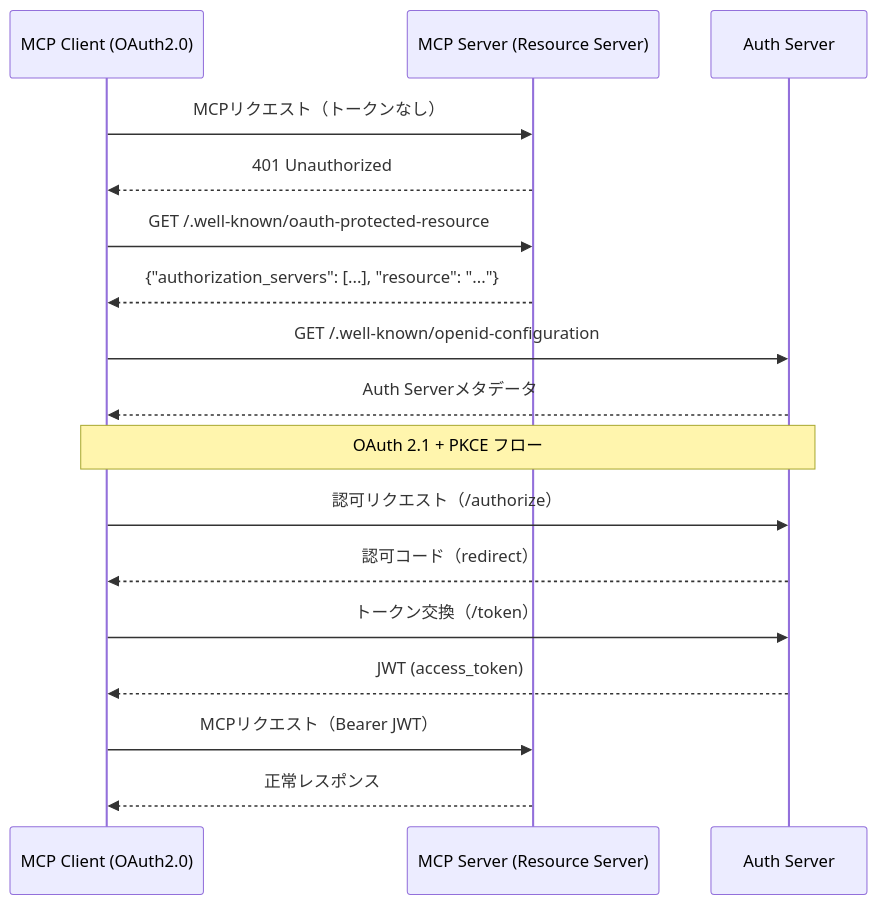
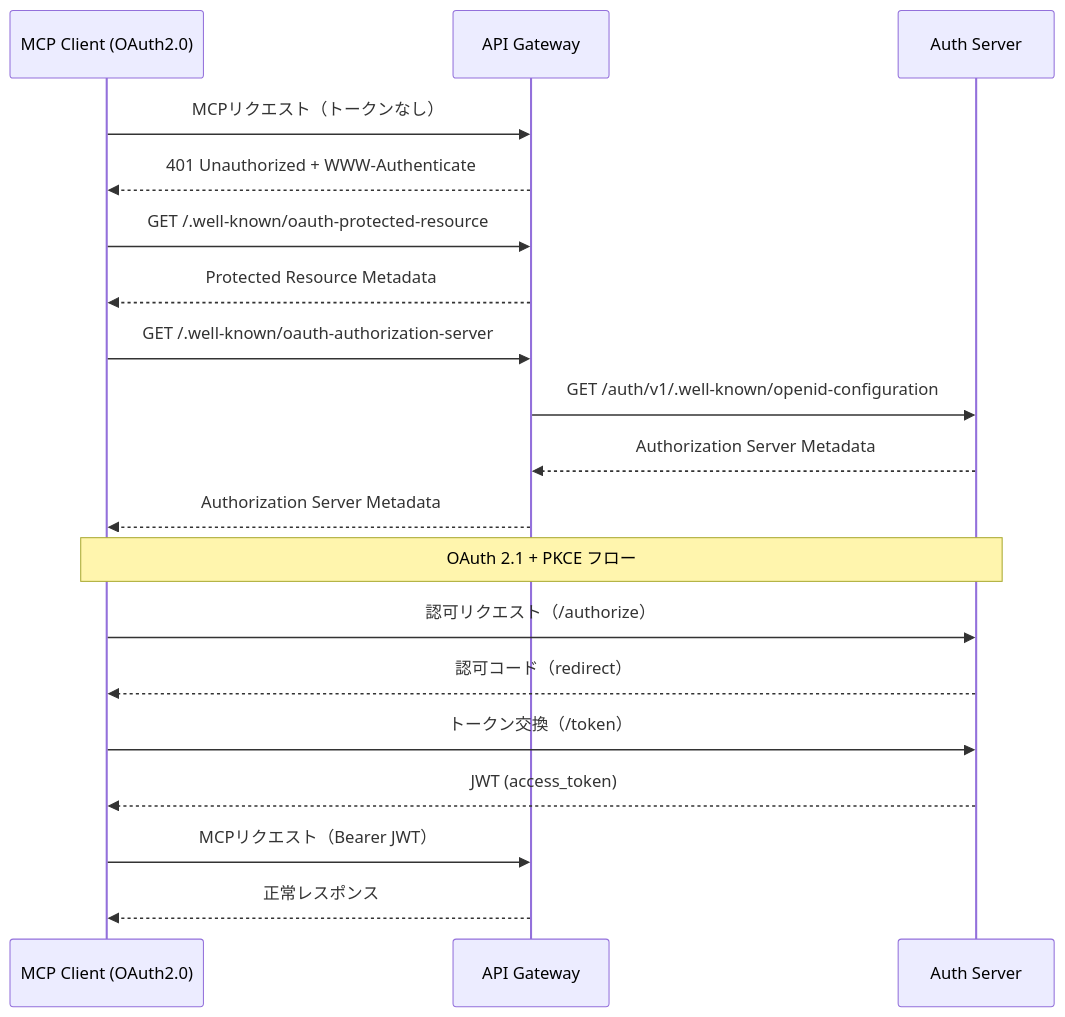
One commit to shibaleo/mcpist changed the diagram in docs/002_specification/interaction/dtl-itr-AUS-CLO.md. Above: the diagram before and after it, drawn with Mermaid. The commit also changed other lines of this file and 38 other files, not shown here.

````diff
--- a/docs/002_specification/interaction/dtl-itr-AUS-CLO.md
+++ b/docs/002_specification/interaction/dtl-itr-AUS-CLO.md
@@ -35,24 +34,26 @@
 ```mermaid
 sequenceDiagram
     participant CLO as MCP Client (OAuth2.0)
-    participant SRV as MCP Server (Resource Server)
+    participant GWY as API Gateway
     participant AUS as Auth Server
 
-    CLO->>SRV: MCPリクエスト（トークンなし）
-    SRV-->>CLO: 401 Unauthorized
+    CLO->>GWY: MCPリクエスト（トークンなし）
+    GWY-->>CLO: 401 Unauthorized + WWW-Authenticate
 
-    CLO->>SRV: GET /.well-known/oauth-protected-resource
-    SRV-->>CLO: {"authorization_servers": [...], "resource": "..."}
+    CLO->>GWY: GET /.well-known/oauth-protected-resource
+    GWY-->>CLO: Protected Resource Metadata
 
-    CLO->>AUS: GET /.well-known/openid-configuration
-    AUS-->>CLO: Auth Serverメタデータ
+    CLO->>GWY: GET /.well-known/oauth-authorization-server
+    GWY->>AUS: GET /auth/v1/.well-known/openid-configuration
+    AUS-->>GWY: Authorization Server Metadata
+    GWY-->>CLO: Authorization Server Metadata
 
     Note over CLO,AUS: OAuth 2.1 + PKCE フロー
     CLO->>AUS: 認可リクエスト（/authorize）
     AUS-->>CLO: 認可コード（redirect）
     CLO->>AUS: トークン交換（/token）
     AUS-->>CLO: JWT (access_token)
 
-    CLO->>SRV: MCPリクエスト（Bearer JWT）
-    SRV-->>CLO: 正常レスポンス
+    CLO->>GWY: MCPリクエスト（Bearer JWT）
+    GWY-->>CLO: 正常レスポンス
 ```
````
